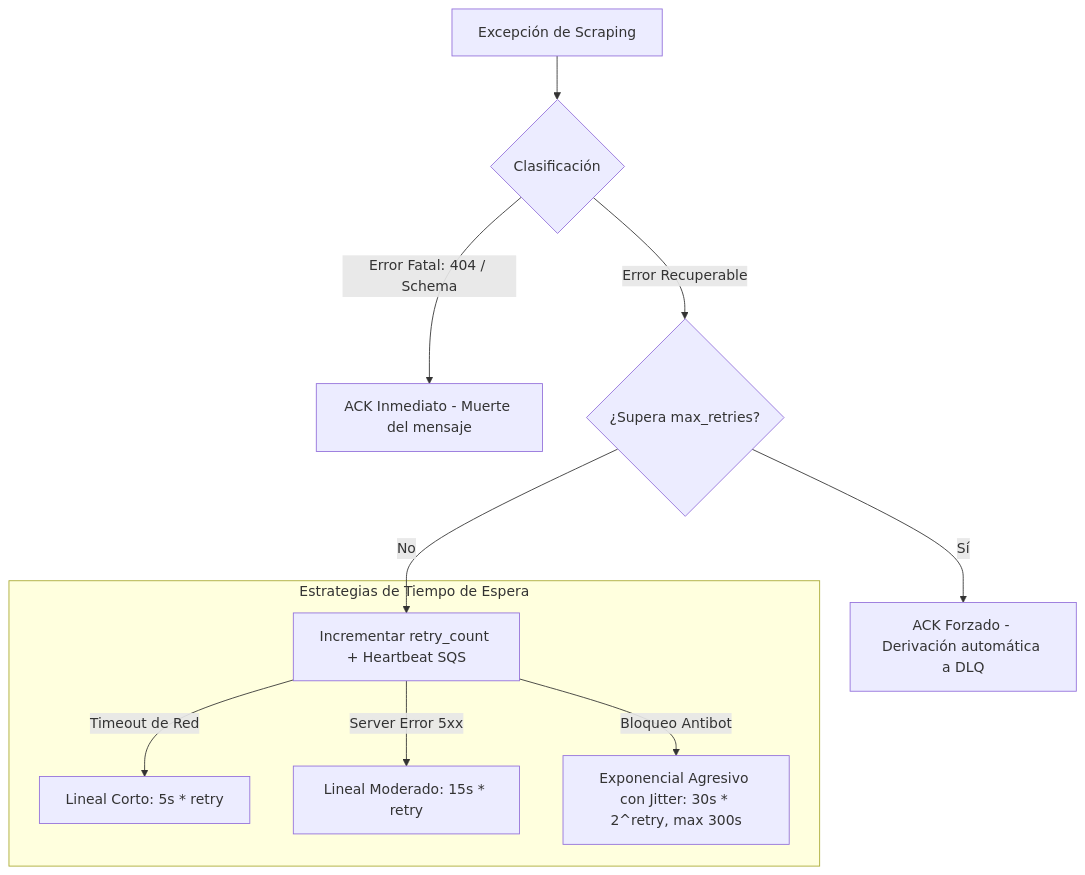
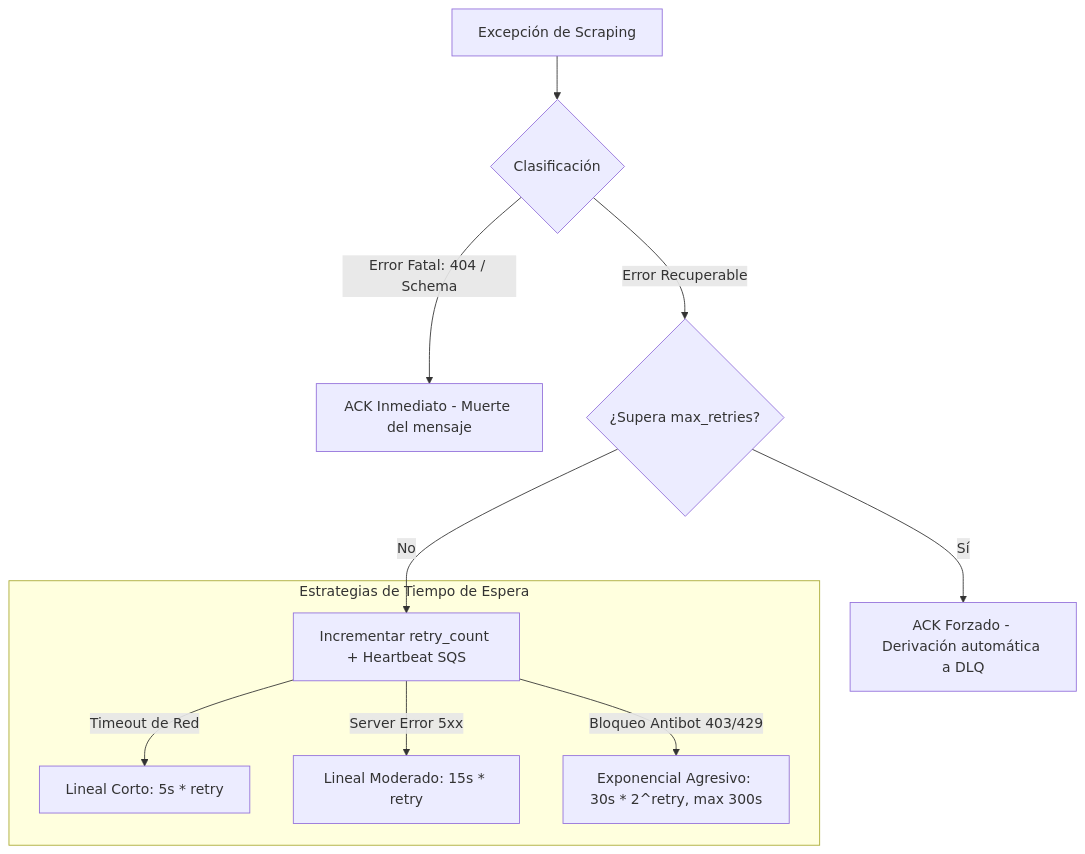
One commit to ArturoCarrilloJimenez/WebScrapingDistributed changed the second of 2 diagrams in worker/README.md. Above: the diagram before and after it, drawn with Mermaid. The commit also changed other lines of this file and 4 other files, not shown here.

````diff
--- a/worker/README.md
+++ b/worker/README.md
@@ -95,15 +89,15 @@
 ```mermaid
 graph TD
     Error[Excepción de Scraping] --> Cat{Clasificación}
     Cat -->|Error Fatal: 404 / Schema| Fatal[ACK Inmediato - Muerte del mensaje]
     Cat -->|Error Recuperable| Retry{¿Supera max_retries?}
     
     Retry -->|Sí| DLQ[ACK Forzado - Derivación automática a DLQ]
     Retry -->|No| Backoff[Incrementar retry_count + Heartbeat SQS]
     
     subgraph Estrategias de Tiempo de Espera
         Backoff -->|Timeout de Red| BT[Lineal Corto: 5s * retry]
         Backoff -->|Server Error 5xx| BE[Lineal Moderado: 15s * retry]
-        Backoff -->|Bloqueo Antibot| BB[Exponencial Agresivo con Jitter: 30s * 2^retry, max 300s]
+        Backoff -->|Bloqueo Antibot 403/429| BB[Exponencial Agresivo: 30s * 2^retry, max 300s]
     end
 ```
````
